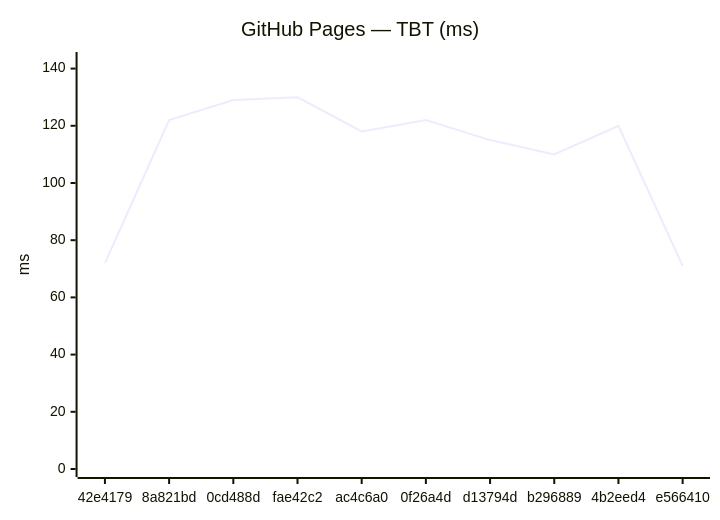
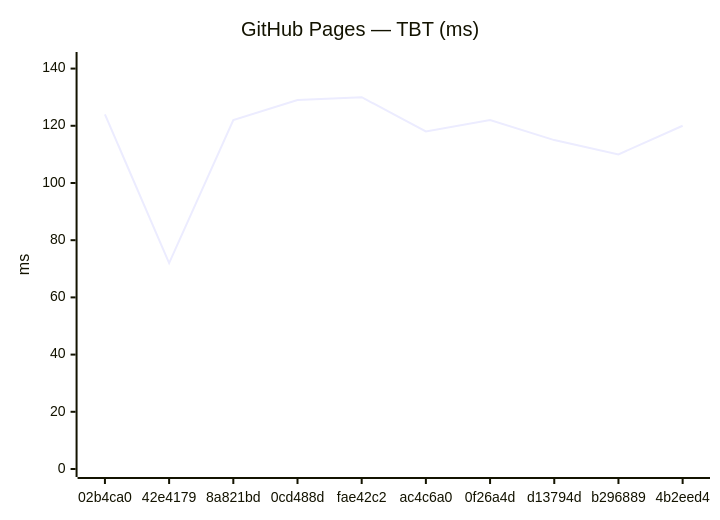
The fourth of 18 diagrams in benchmarks/compare.md (Metaheurist/Rianell), drawn with Mermaid before and after one commit. The commit also changed other lines of this file and 11 other files, not shown here.

````diff
--- a/benchmarks/compare.md
+++ b/benchmarks/compare.md
@@ -61,7 +61,7 @@
 ```mermaid
 xychart-beta
     title "GitHub Pages — TBT (ms)"
-    x-axis ["42e4179", "8a821bd", "0cd488d", "fae42c2", "ac4c6a0", "0f26a4d", "d13794d", "b296889", "4b2eed4", "e566410"]
+    x-axis ["02b4ca0", "42e4179", "8a821bd", "0cd488d", "fae42c2", "ac4c6a0", "0f26a4d", "d13794d", "b296889", "4b2eed4"]
     y-axis "ms" 0 --> 143
-    line [72, 122, 129, 130, 118, 122, 115, 110, 120, 71]
+    line [124, 72, 122, 129, 130, 118, 122, 115, 110, 120]
 ```
````
